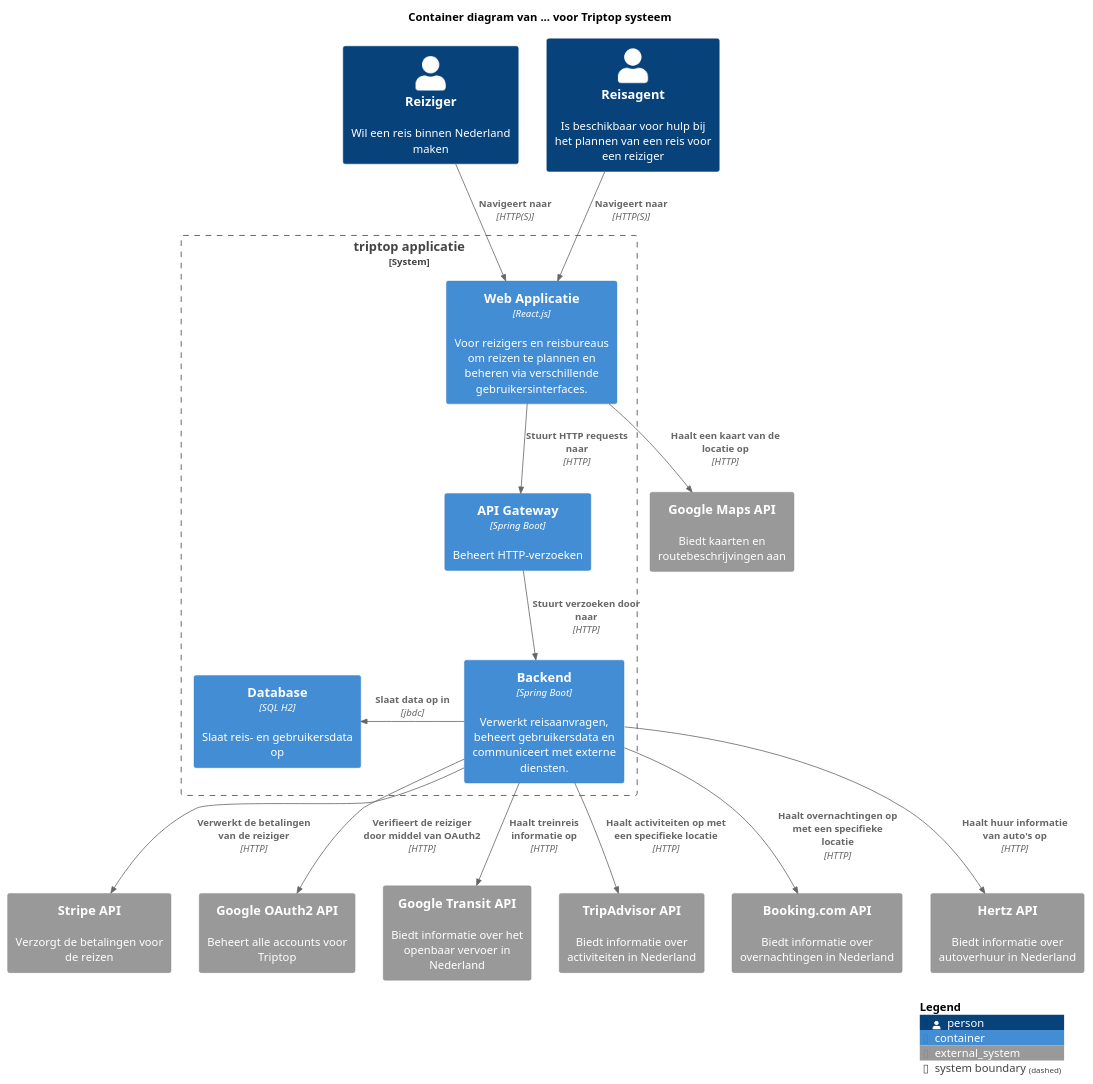
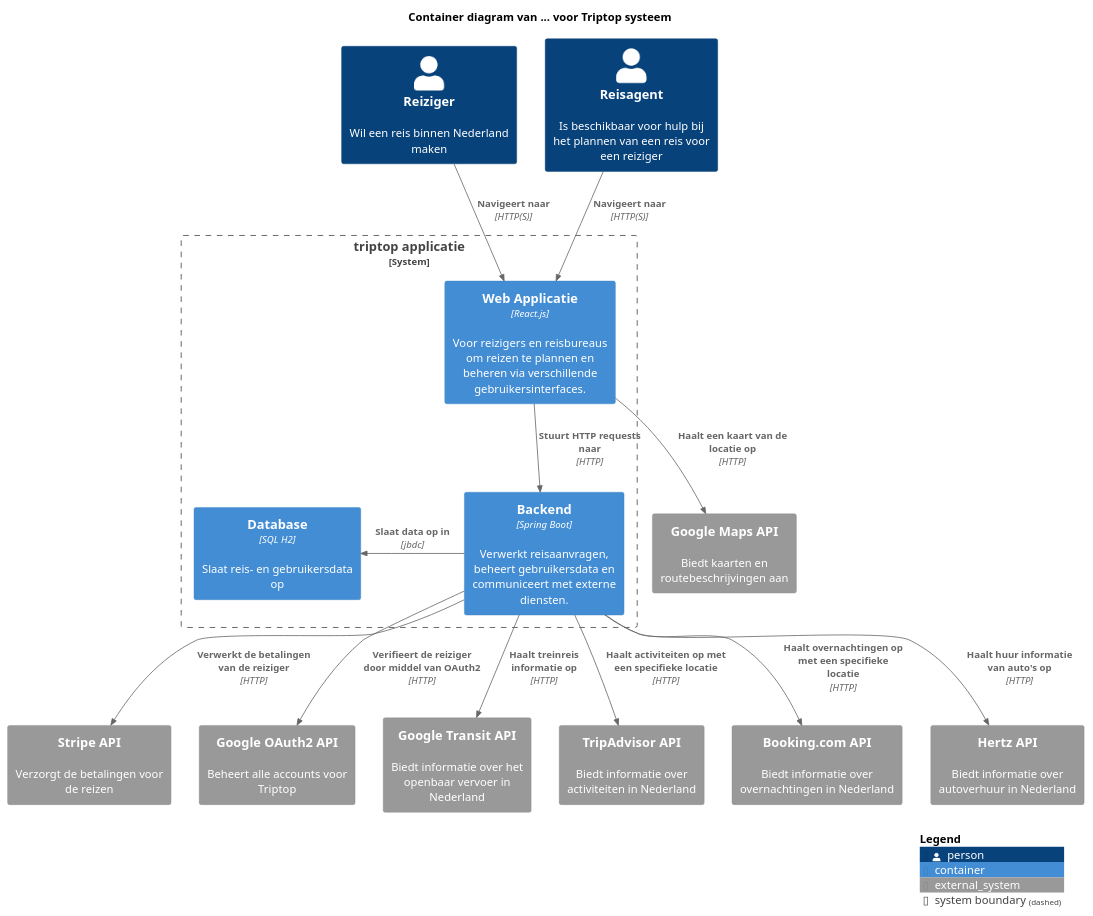
Before and after one commit to AIM-ENE-feb25/triptop-groep-b6: the diagram in opdracht-diagrammen/containerdiagram.puml, drawn with PlantUML. The commit also changed 1 other file, not shown here.

Commit message:
container diagram update

```diff
--- a/opdracht-diagrammen/containerdiagram.puml
+++ b/opdracht-diagrammen/containerdiagram.puml
@@ -1,40 +1,38 @@
 @startuml containerdiagram van ... voor het voor triptop systeem
 !include https://raw.githubusercontent.com/plantuml-stdlib/C4-PlantUML/master/C4_Container.puml
 top to bottom direction
 
 Title Container diagram van ... voor Triptop systeem
 
 Person(Reiziger, "Reiziger", "Wil een reis binnen Nederland maken")
 Person(Reisagent, "Reisagent", "Is beschikbaar voor hulp bij het plannen van een reis voor een reiziger")
 
 System_Boundary("key_boundary", "triptop applicatie", $tags="") {
     Container(WebApplicatie, "Web Applicatie", "React.js", "Voor reizigers en reisbureaus om reizen te plannen en beheren via verschillende gebruikersinterfaces.")
-    Container(APIGateway, "API Gateway", "Spring Boot", "Beheert HTTP-verzoeken")
     Container(Backend, "Backend", "Spring Boot", "Verwerkt reisaanvragen, beheert gebruikersdata en communiceert met externe diensten.")
     Container(Database, "Database", "SQL H2", "Slaat reis- en gebruikersdata op")
 }
 
 System_Ext(BetalingsAPI, "Stripe API", "Verzorgt de betalingen voor de reizen")
 System_Ext(IdentityProviderAPI, "Google OAuth2 API", "Beheert alle accounts voor Triptop")
 System_Ext(MapsAPI, "Google Maps API", "Biedt kaarten en routebeschrijvingen aan")
 System_Ext(VervoerderAPI, "Google Transit API", "Biedt informatie over het openbaar vervoer in Nederland")
 System_Ext(ActiviteitenAPI, "TripAdvisor API", "Biedt informatie over activiteiten in Nederland")
 System_Ext(OvernachtingenAPI, "Booking.com API", "Biedt informatie over overnachtingen in Nederland")
 System_Ext(AutoVerhuurAPI, "Hertz API", "Biedt informatie over autoverhuur in Nederland")
 
 Rel_D(Reiziger, WebApplicatie, "Navigeert naar", $techn="HTTP(S)")
 Rel_D(Reisagent, WebApplicatie, "Navigeert naar", $techn="HTTP(S)")
-Rel_D(WebApplicatie, APIGateway, "Stuurt HTTP requests naar", $techn="HTTP")
-Rel_D(APIGateway, Backend, "Stuurt verzoeken door naar", $techn="HTTP")
 Rel_L(Backend, Database, "Slaat data op in", $techn="jbdc")
+Rel_D(WebApplicatie, Backend, "Stuurt HTTP requests naar", $techn="HTTP")
 
 Rel_D(Backend, IdentityProviderAPI, "Verifieert de reiziger\ndoor middel van OAuth2", $techn="HTTP")
 Rel_D(Backend, BetalingsAPI, "Verwerkt de betalingen van de reiziger", $techn="HTTP")
 Rel_D(WebApplicatie, MapsAPI, "Haalt een kaart van de locatie op", $techn="HTTP")
 Rel_D(Backend, VervoerderAPI, "Haalt treinreis informatie op", $techn="HTTP")
 Rel_D(Backend, ActiviteitenAPI, "Haalt activiteiten op met een specifieke locatie", $techn="HTTP")
 Rel_D(Backend, OvernachtingenAPI, "Haalt overnachtingen op met een specifieke locatie", $techn="HTTP")
 Rel_D(Backend, AutoVerhuurAPI, "Haalt huur informatie van auto's op", $techn="HTTP")
 
 SHOW_LEGEND()
 @enduml
```
